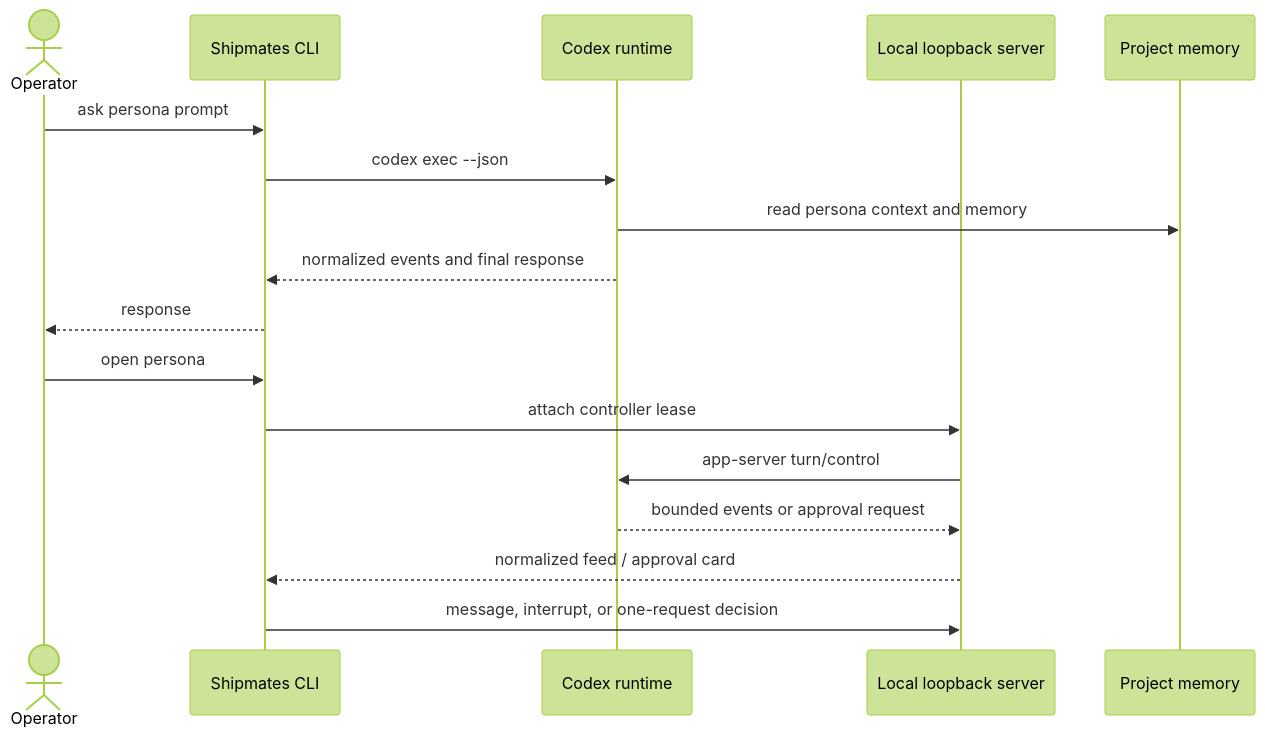
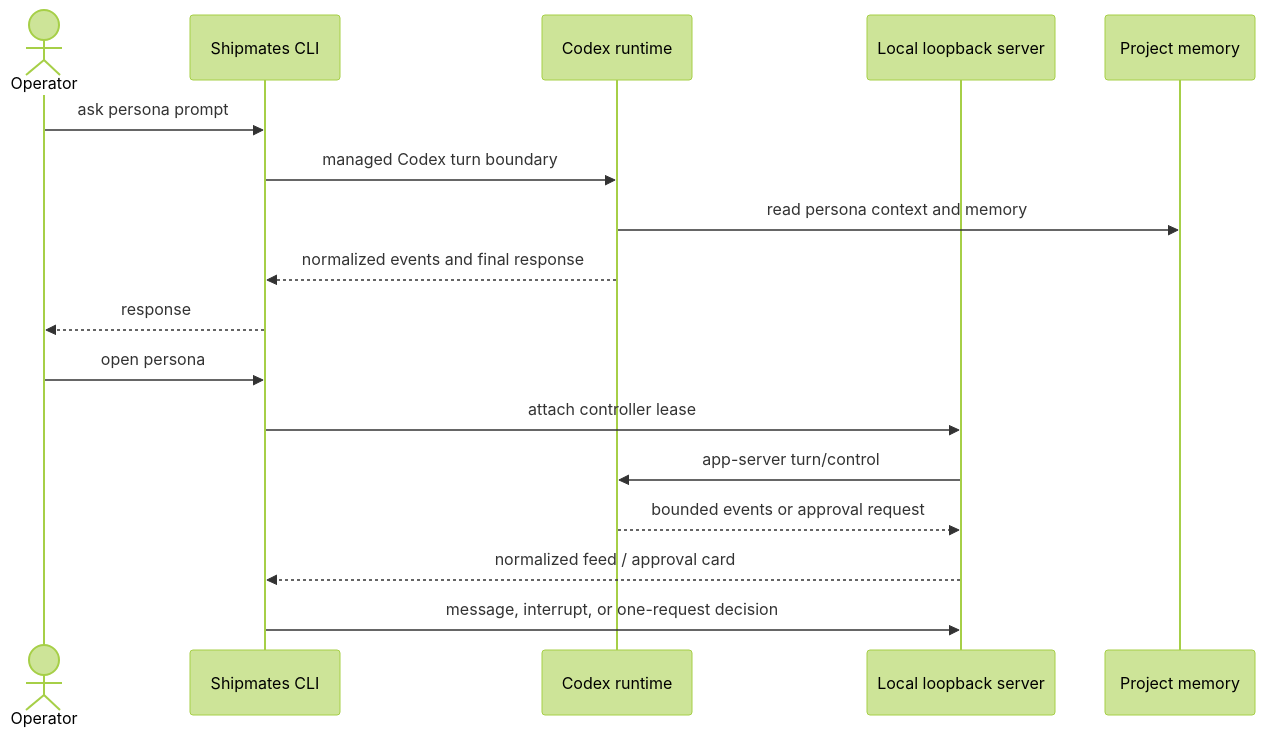
Before and after one commit to luthermonson/shipmates: the first of 3 diagrams in docs/diagrams.md, drawn with Mermaid (forest theme). The commit also changed 70 other files, not shown here.

````diff
--- a/docs/diagrams.md
+++ b/docs/diagrams.md
@@ -8,19 +8,19 @@
 ```mermaid
 sequenceDiagram
     actor Operator
     participant CLI as Shipmates CLI
     participant Codex as Codex runtime
     participant Local as Local loopback server
     participant Memory as Project memory
     Operator->>CLI: ask persona prompt
-    CLI->>Codex: codex exec --json
+    CLI->>Codex: managed Codex turn boundary
     Codex->>Memory: read persona context and memory
     Codex-->>CLI: normalized events and final response
     CLI-->>Operator: response
     Operator->>CLI: open persona
     CLI->>Local: attach controller lease
     Local->>Codex: app-server turn/control
     Codex-->>Local: bounded events or approval request
     Local-->>CLI: normalized feed / approval card
     CLI->>Local: message, interrupt, or one-request decision
 ```
````
